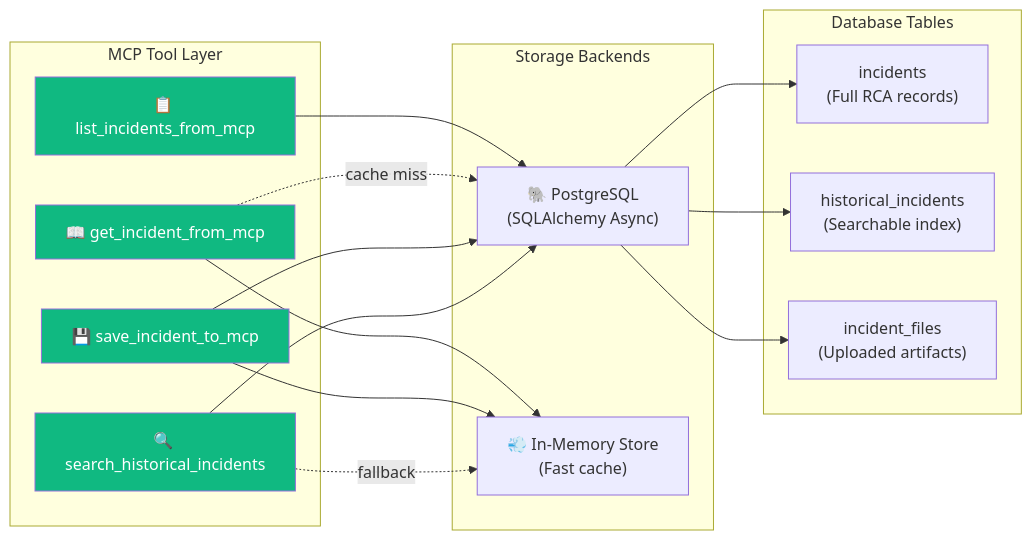
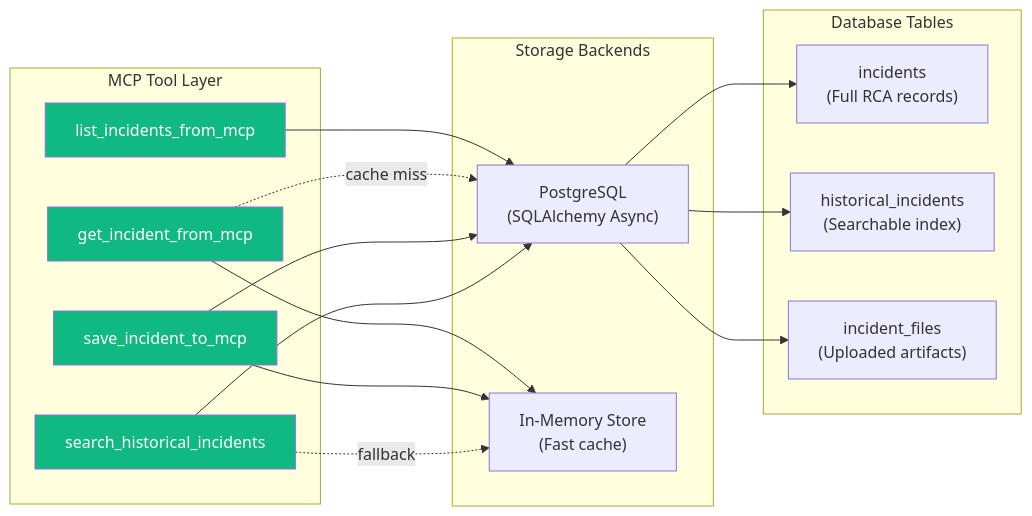
One commit to MukeshKumar-17/RCA changed the fourth of 6 diagrams in README.md. Above: the diagram before and after it, drawn with Mermaid. The commit also changed other lines of this file and 1 other file, not shown here.

Commit message:
security: remove leaked PostgreSQL URI, purge migrate.py, clean README

````diff
--- a/README.md
+++ b/README.md
@@ -310,37 +309,37 @@
 ```mermaid
 graph LR
     subgraph "MCP Tool Layer"
-        T1["🔍 search_historical_incidents"]
-        T2["💾 save_incident_to_mcp"]
-        T3["📖 get_incident_from_mcp"]
-        T4["📋 list_incidents_from_mcp"]
+        T1["search_historical_incidents"]
+        T2["save_incident_to_mcp"]
+        T3["get_incident_from_mcp"]
+        T4["list_incidents_from_mcp"]
     end
 
     subgraph "Storage Backends"
-        PG["🐘 PostgreSQL<br/>(SQLAlchemy Async)"]
-        MEM["💨 In-Memory Store<br/>(Fast cache)"]
+        PG["PostgreSQL<br/>(SQLAlchemy Async)"]
+        MEM["In-Memory Store<br/>(Fast cache)"]
     end
 
     subgraph "Database Tables"
         INC["incidents<br/>(Full RCA records)"]
         HIST["historical_incidents<br/>(Searchable index)"]
         FILES["incident_files<br/>(Uploaded artifacts)"]
     end
 
     T1 --> PG
     T1 -.->|fallback| MEM
     T2 --> PG
     T2 --> MEM
     T3 --> MEM
     T3 -.->|cache miss| PG
     T4 --> PG
 
     PG --> INC
     PG --> HIST
     PG --> FILES
 
     style T1 fill:#10b981,color:#fff
     style T2 fill:#10b981,color:#fff
     style T3 fill:#10b981,color:#fff
     style T4 fill:#10b981,color:#fff
 ```
````
